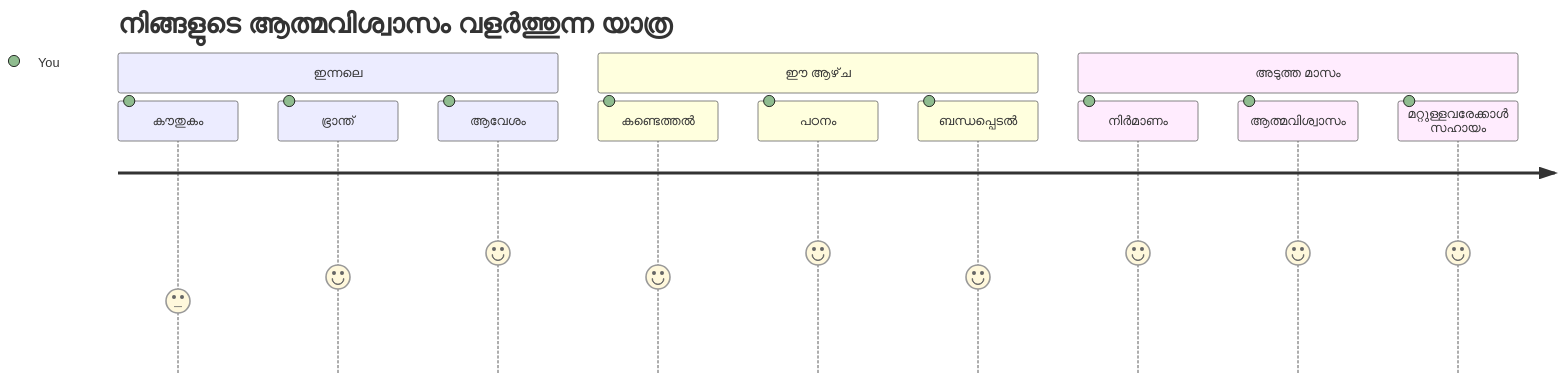
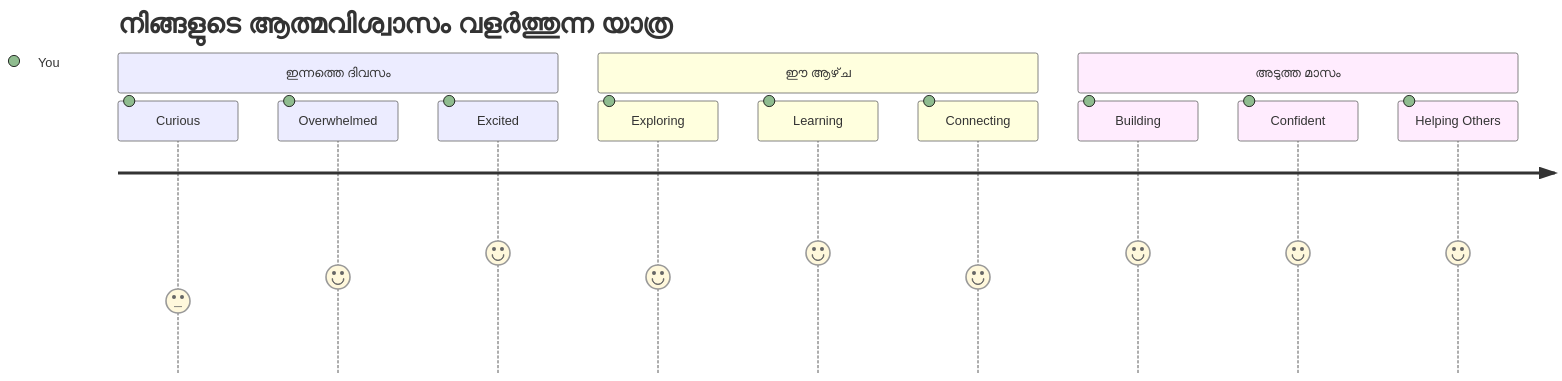
The seventh of 7 diagrams in translations/ml/1-getting-started-lessons/1-intro-to-programming-languages/README.md (microsoft/Web-Dev-For-Beginners), drawn with Mermaid before and after one commit. The commit also changed other lines of this file and 13 other files, not shown here.

````diff
--- a/translations/ml/1-getting-started-lessons/1-intro-to-programming-languages/README.md
+++ b/translations/ml/1-getting-started-lessons/1-intro-to-programming-languages/README.md
@@ -829,16 +831,16 @@
 ```mermaid
 journey
     title നിങ്ങളുടെ ആത്മവിശ്വാസം വളര്‍ത്തുന്ന യാത്ര
-    section ഇന്നലെ
-      കൗതുകം: 3: You
-      ഭ്രാന്ത്: 4: You
-      ആവേശം: 5: You
+    section ഇന്നത്തെ ദിവസം
+      Curious: 3: You
+      Overwhelmed: 4: You
+      Excited: 5: You
     section ഈ ആഴ്‌ച
-      കണ്ടെത്തല്‍: 4: You
-      പഠനം: 5: You
-      ബന്ധപ്പെടല്‍: 4: You
+      Exploring: 4: You
+      Learning: 5: You
+      Connecting: 4: You
     section അടുത്ത മാസം
-      നിര്‍മാണം: 5: You
-      ആത്മവിശ്വാസം: 5: You
-      മറ്റുള്ളവരേക്കാള്‍ സഹായം: 5: You
+      Building: 5: You
+      Confident: 5: You
+      Helping Others: 5: You
 ```
````
